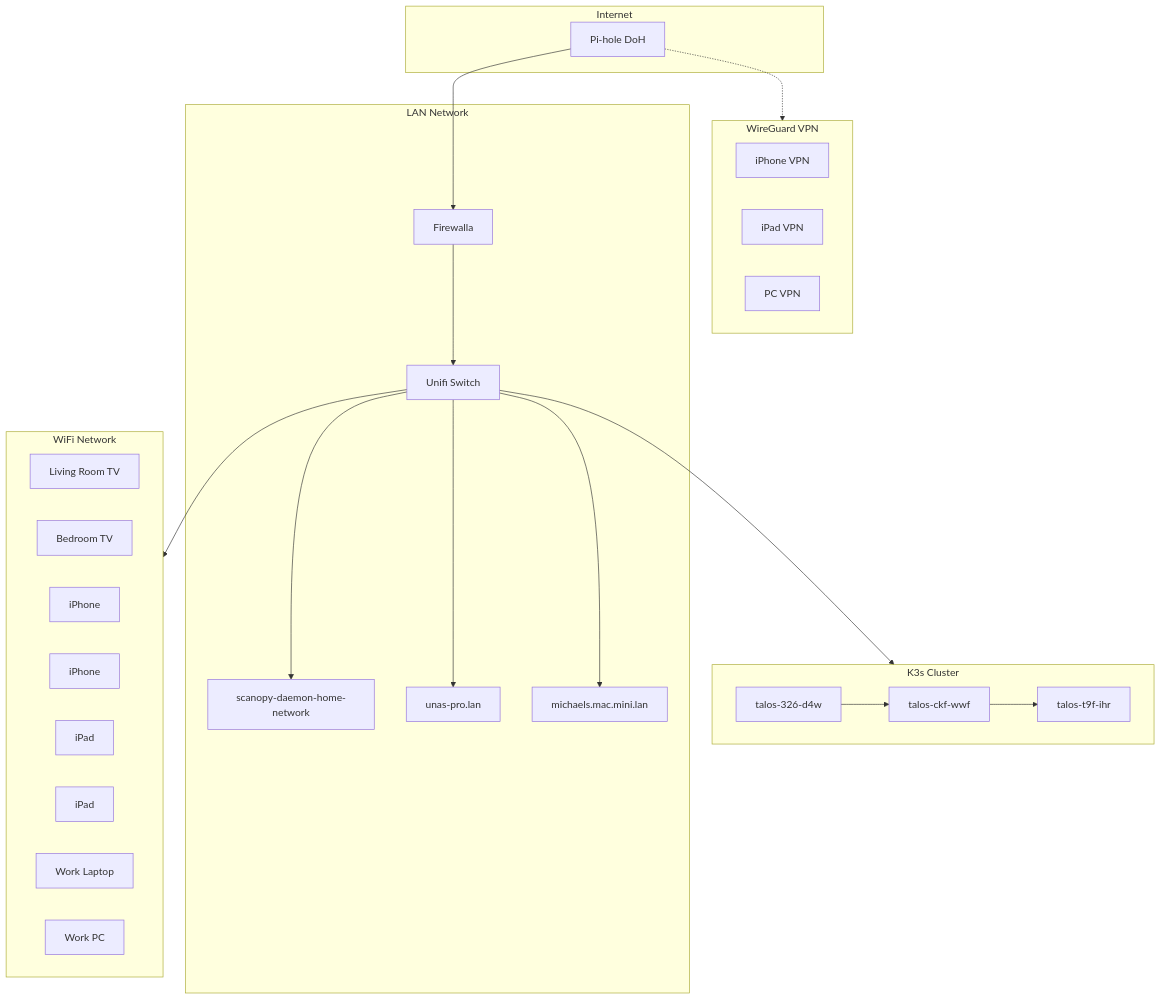
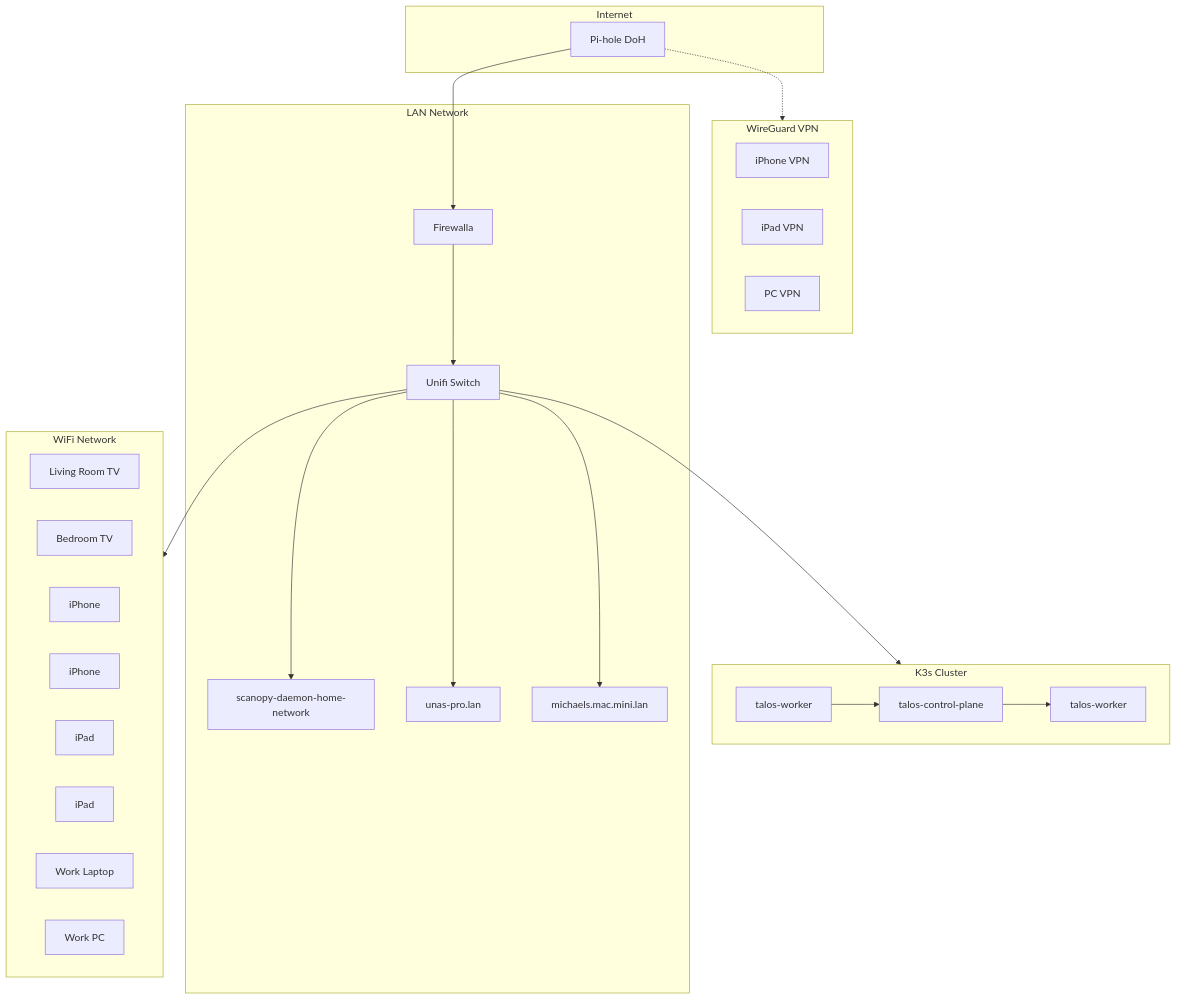
One commit to mentholmike/k3s changed the diagram in README.md. Above: the diagram before and after it, drawn with Mermaid.

Commit message:
Update K3s Cluster node names in README

````diff
--- a/README.md
+++ b/README.md
@@ -16,49 +16,49 @@
 ```mermaid
 flowchart TD
   subgraph sub_internet["Internet"]
     n_pihole["Pi-hole DoH"]
   end
   
   subgraph sub_wireguard["WireGuard VPN"]
     n_iphone_vpn["iPhone VPN"]
     n_ipad_vpn["iPad VPN"]
     n_pc_vpn["PC VPN"]
   end
   
   subgraph sub_k3s["K3s Cluster"]
-    n_talos1["talos-ckf-wwf"]
-    n_talos2["talos-t9f-ihr"]
-    n_talos3["talos-326-d4w"]
+    n_talos1["talos-control-plane"]
+    n_talos2["talos-worker"]
+    n_talos3["talos-worker"]
     n_talos3 --> n_talos1
     n_talos1 --> n_talos2
   end
   
   subgraph sub_lan["LAN Network"]
     n_firewall["Firewalla"]
     n_switch["Unifi Switch"]
     n_scanopy["scanopy-daemon-home-network"]
     n_unas["unas-pro.lan"]
     n_mac_mini["michaels.mac.mini.lan"]
     
     n_firewall --> n_switch
     n_switch --> n_scanopy
     n_switch --> n_unas
     n_switch --> n_mac_mini
   end
   
   subgraph sub_wifi["WiFi Network"]
     n_living_tv["Living Room TV"]
     n_bedroom_tv["Bedroom TV"]
     n_iphone1["iPhone"]
     n_iphone2["iPhone"]
     n_ipad1["iPad"]
     n_ipad2["iPad"]
     n_laptop["Work Laptop"]
     n_pc["Work PC"]
   end
   
   n_pihole --> n_firewall
   n_switch --> sub_k3s
   n_switch --> sub_wifi
   n_pihole -.-> sub_wireguard
 ```
````
